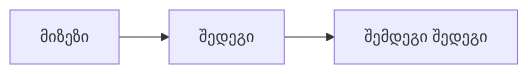
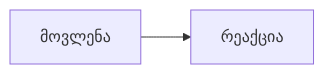
Before and after one commit to DavidTbilisi/BookSummary: the first of 25 diagrams in books/src/007.md, drawn with Mermaid. The commit also changed other lines of this file and 10 other files, not shown here.

````diff
--- a/books/src/007.md
+++ b/books/src/007.md
@@ -27,5 +32,4 @@
 ```mermaid
 flowchart LR
-  A[მიზეზი] --> B[შედეგი]
-  B --> C[შემდეგი შედეგი]
+  Event[მოვლენა] --> Reaction[რეაქცია]
 ```
````
